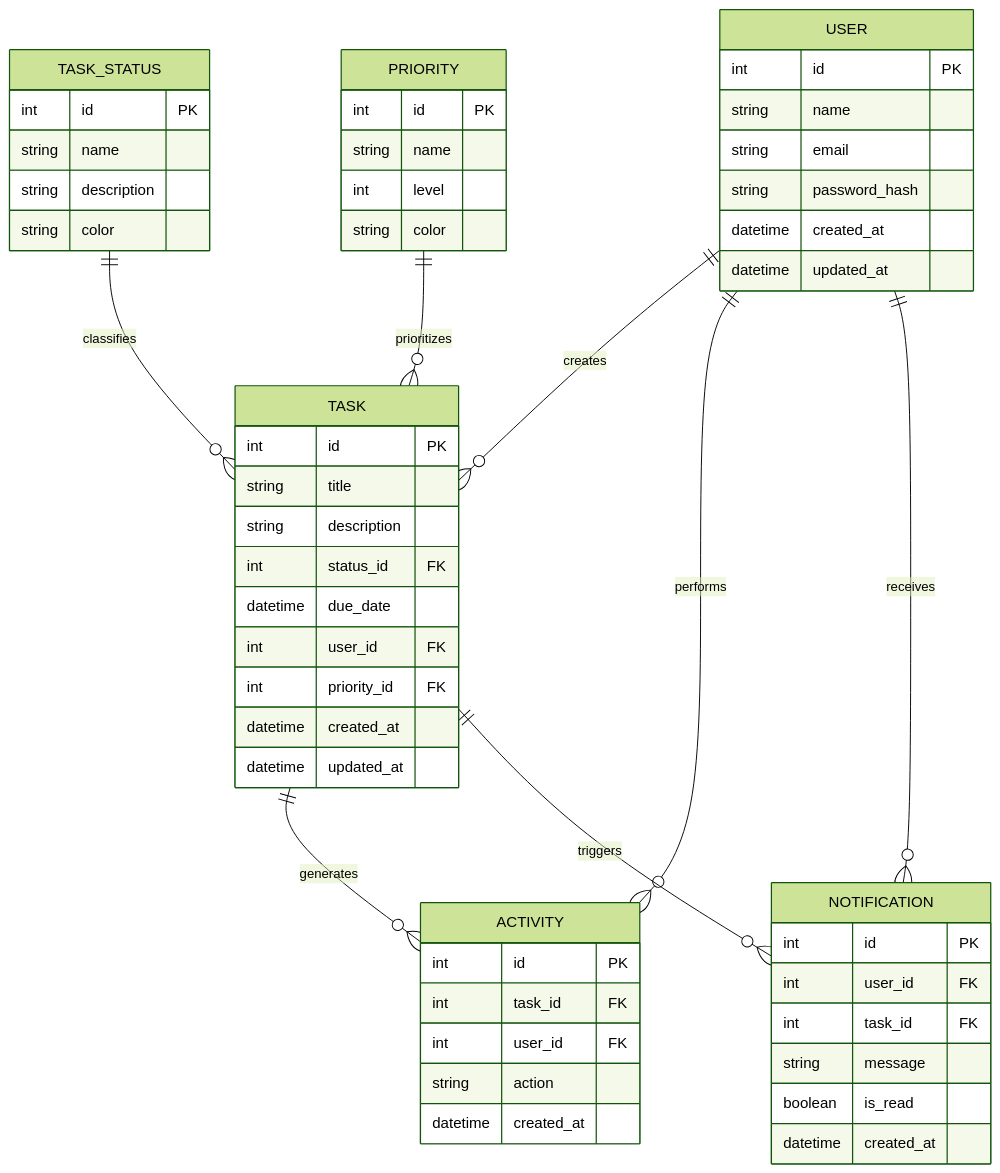
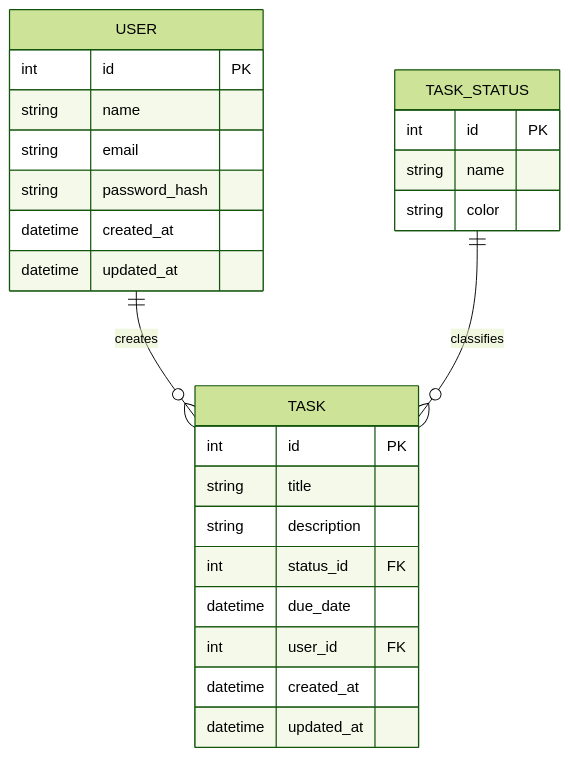
Before and after one commit to f3mi/DTS-developer-challenge: the first of 4 diagrams in docs/data-models/tms-data-model-v1.md, drawn with Mermaid (forest theme). The commit also changed other lines of this file and 8 other files, not shown here.

````diff
--- a/docs/data-models/tms-data-model-v1.md
+++ b/docs/data-models/tms-data-model-v1.md
@@ -7,62 +7,31 @@
 ```mermaid
 erDiagram
     USER {
         int id PK
         string name
         string email
         string password_hash
         datetime created_at
         datetime updated_at
     }
     
     TASK_STATUS {
         int id PK
         string name
-        string description
-        string color
-    }
-    
-    PRIORITY {
-        int id PK
-        string name
-        int level
         string color
     }
     
     TASK {
         int id PK
         string title
         string description
         int status_id FK
         datetime due_date
         int user_id FK
-        int priority_id FK
         datetime created_at
         datetime updated_at
     }
     
-    ACTIVITY {
-        int id PK
-        int task_id FK
-        int user_id FK
-        string action
-        datetime created_at
-    }
-    
-    NOTIFICATION {
-        int id PK
-        int user_id FK
-        int task_id FK
-        string message
-        boolean is_read
-        datetime created_at
-    }
-    
     USER ||--o{ TASK : "creates"
     TASK_STATUS ||--o{ TASK : "classifies"
-    PRIORITY ||--o{ TASK : "prioritizes"
-    TASK ||--o{ ACTIVITY : "generates"
-    USER ||--o{ ACTIVITY : "performs"
-    TASK ||--o{ NOTIFICATION : "triggers"
-    USER ||--o{ NOTIFICATION : "receives"
 ```
````
